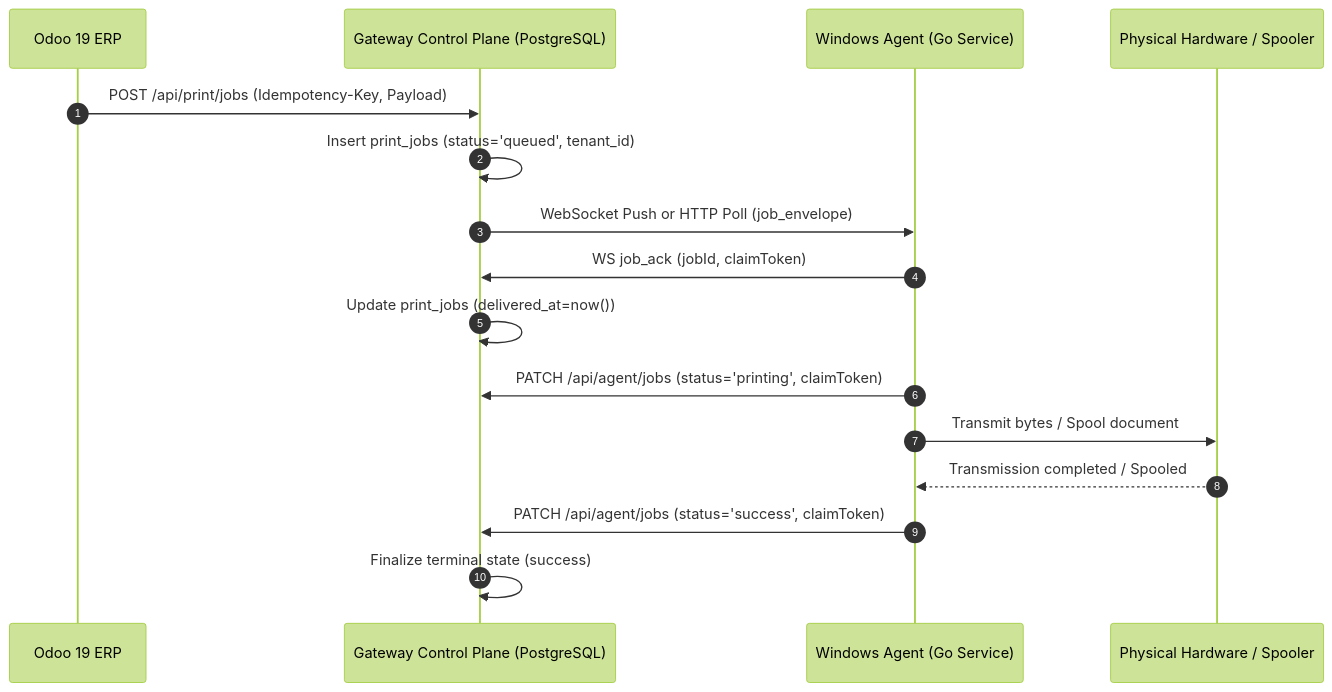
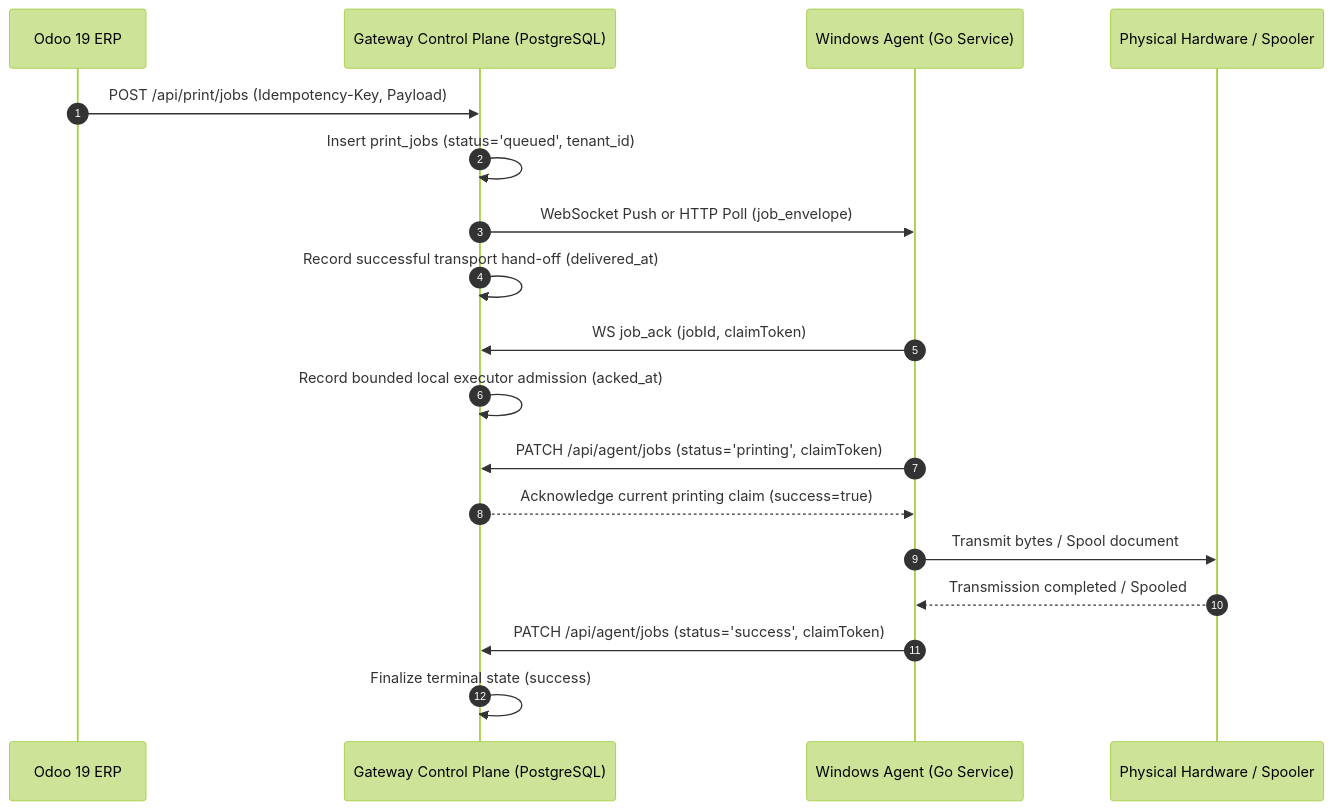
Before and after one commit to mo7medSa3d/oddo-print: the diagram in PRINTING_ARCHITECTURE.md, drawn with Mermaid (forest theme). The commit also changed 200 other files, not shown here.

````diff
--- a/PRINTING_ARCHITECTURE.md
+++ b/PRINTING_ARCHITECTURE.md
@@ -71,19 +71,21 @@
 ```mermaid
 sequenceDiagram
     autonumber
     participant Odoo as Odoo 19 ERP
     participant GW as Gateway Control Plane (PostgreSQL)
     participant AG as Windows Agent (Go Service)
     participant PR as Physical Hardware / Spooler
 
     Odoo->>GW: POST /api/print/jobs (Idempotency-Key, Payload)
     GW->>GW: Insert print_jobs (status='queued', tenant_id)
     GW->>AG: WebSocket Push or HTTP Poll (job_envelope)
+    GW->>GW: Record successful transport hand-off (delivered_at)
     AG->>GW: WS job_ack (jobId, claimToken)
-    GW->>GW: Update print_jobs (delivered_at=now())
+    GW->>GW: Record bounded local executor admission (acked_at)
     AG->>GW: PATCH /api/agent/jobs (status='printing', claimToken)
+    GW-->>AG: Acknowledge current printing claim (success=true)
     AG->>PR: Transmit bytes / Spool document
     PR-->>AG: Transmission completed / Spooled
     AG->>GW: PATCH /api/agent/jobs (status='success', claimToken)
     GW->>GW: Finalize terminal state (success)
 ```
````
